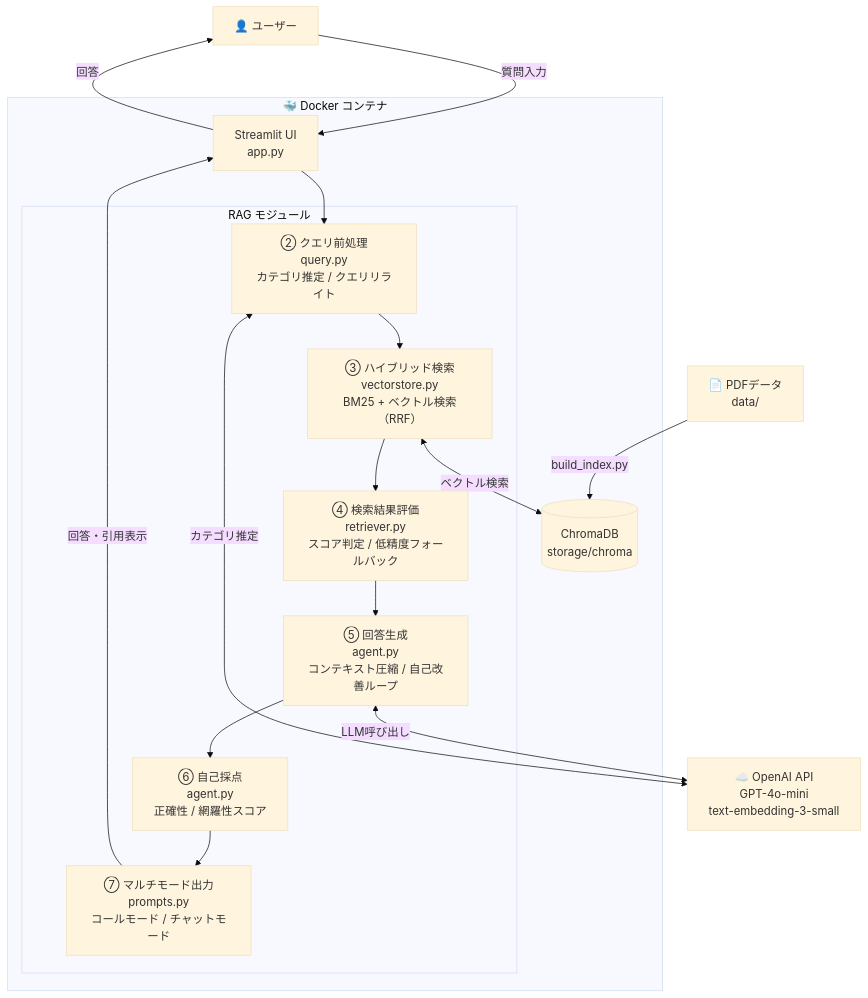
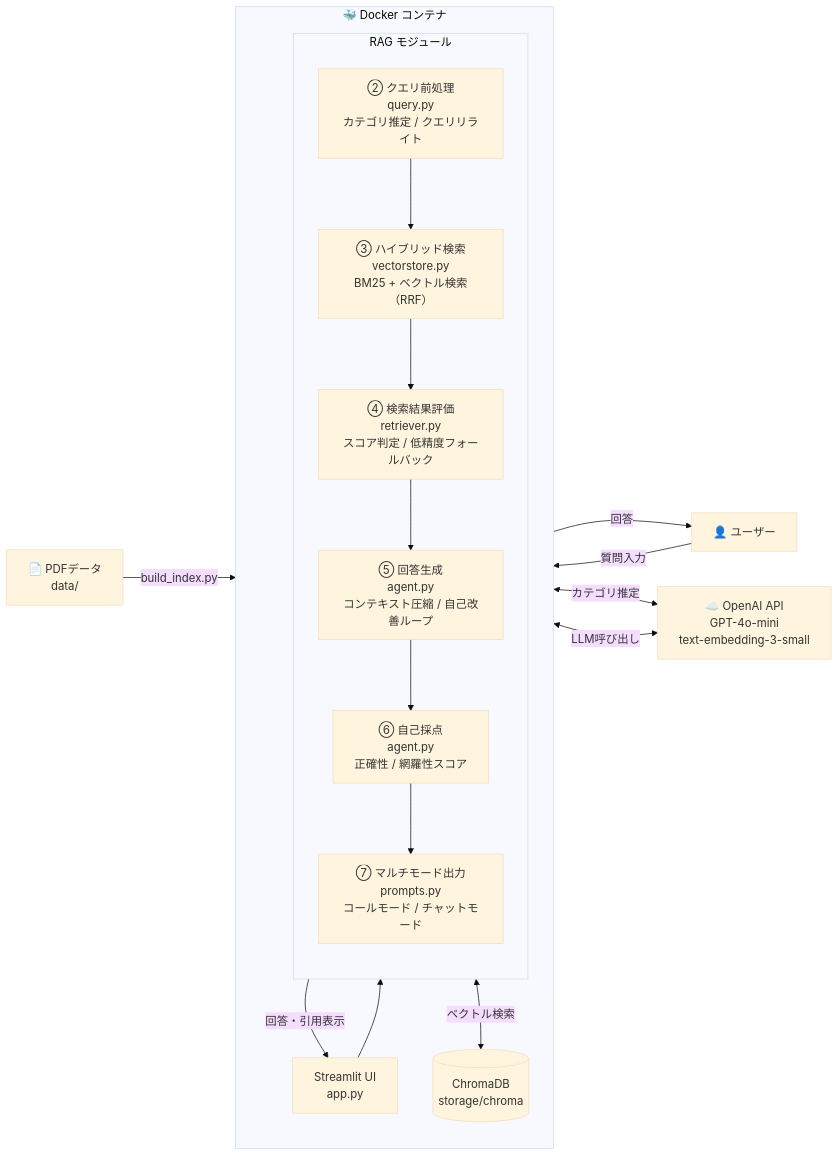
Before and after one commit to biguver-cloud/rag-customer-support-agent: the diagram in README.md, drawn with Mermaid (base theme).

Commit message:
アーキテクチャ図のMermaidレイアウトをLRに変更しOAI接続の視覚的混乱を解消
graph TDからgraph LRに変更し、サブグラフにdirection TBを指定することで
②クエリ前処理と⑤回答生成からOpenAI APIへの矢印が右方向に整理され
ループに見えていた問題を修正

````diff
--- a/README.md
+++ b/README.md
@@ -131,37 +131,38 @@
 ```mermaid
-graph TD
+graph LR
     User["👤 ユーザー"]
 
     subgraph Docker["🐳 Docker コンテナ"]
+        direction TB
         UI["Streamlit UI\napp.py"]
+        DB[("ChromaDB\nstorage/chroma")]
 
         subgraph RAG["RAG モジュール"]
+            direction TB
             Q["② クエリ前処理\nquery.py\nカテゴリ推定 / クエリリライト"]
             S["③ ハイブリッド検索\nvectorstore.py\nBM25 + ベクトル検索（RRF）"]
             E["④ 検索結果評価\nretriever.py\nスコア判定 / 低精度フォールバック"]
             A["⑤ 回答生成\nagent.py\nコンテキスト圧縮 / 自己改善ループ"]
             SC["⑥ 自己採点\nagent.py\n正確性 / 網羅性スコア"]
             P["⑦ マルチモード出力\nprompts.py\nコールモード / チャットモード"]
         end
-
-        DB[("ChromaDB\nstorage/chroma")]
     end
 
     OAI["☁️ OpenAI API\nGPT-4o-mini\ntext-embedding-3-small"]
     PDF["📄 PDFデータ\ndata/"]
 
     User -->|質問入力| UI
     UI --> Q
     Q --> S
     S <-->|ベクトル検索| DB
     S --> E
     E --> A
     A --> SC
     SC --> P
     P -->|回答・引用表示| UI
     UI -->|回答| User
 
+    Q <-->|カテゴリ推定| OAI
     A <-->|LLM呼び出し| OAI
-    Q <-->|カテゴリ推定| OAI
     PDF -->|build_index.py| DB
 ```
````
